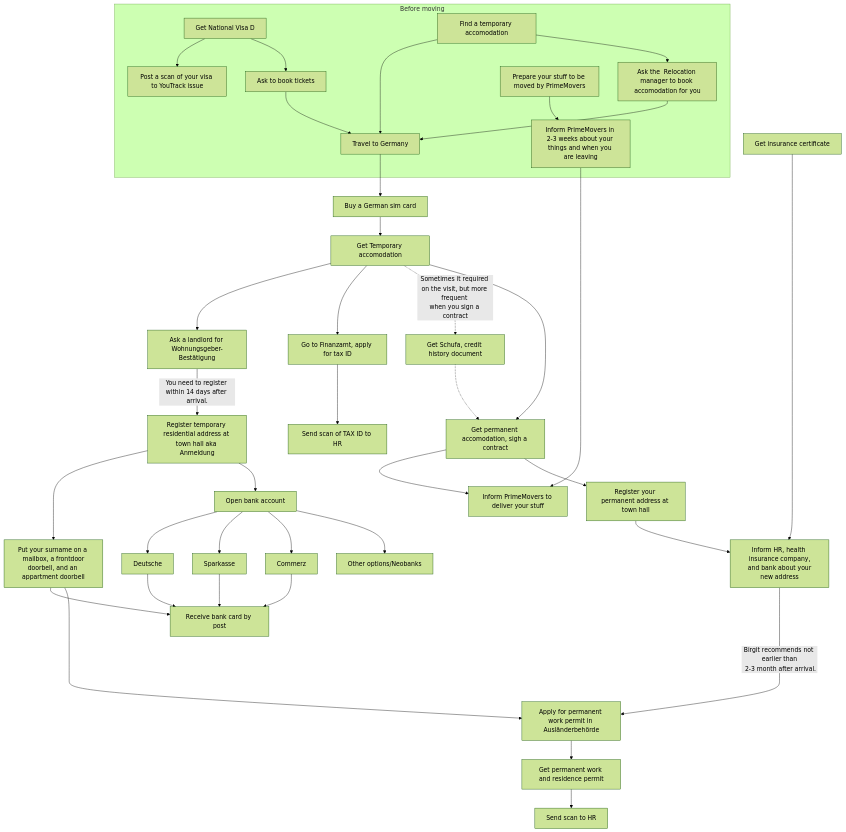
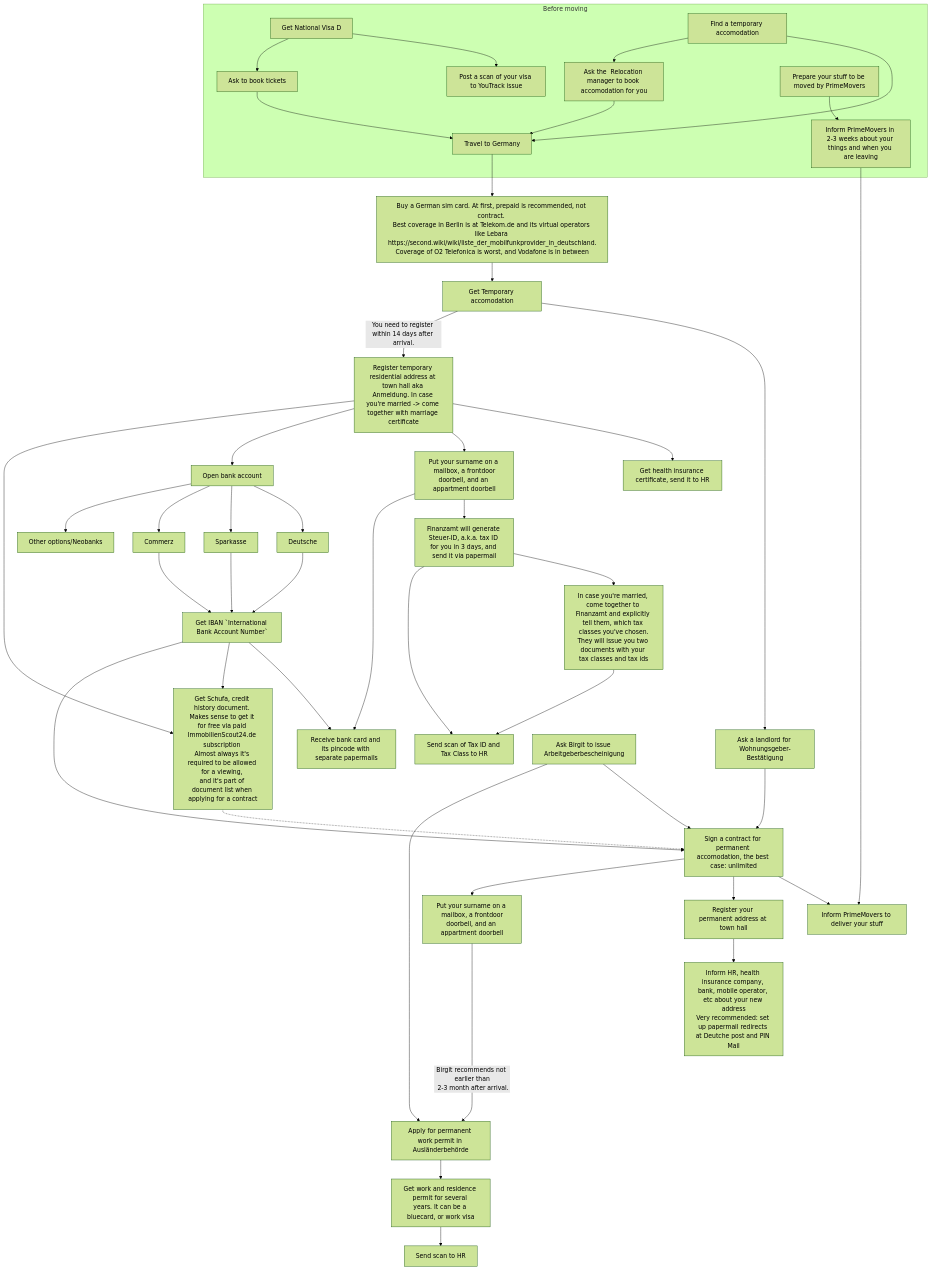
The diagram in sequence-of-steps.md (lananovikova10/howtoberlin), drawn with Mermaid (forest theme) before and after one commit. The commit also changed other lines of this file and 4 other files, not shown here.

````diff
--- a/sequence-of-steps.md
+++ b/sequence-of-steps.md
@@ -3,39 +3,46 @@
 ```mermaid
 graph TB
     subgraph Before moving
         VISA --> P[Post a scan of your visa to YouTrack issue]
         VISA[Get National Visa D] --> BUY[Ask to book tickets]
         BUY --> TR[Travel to Germany]
         TEMP[Find a temporary accomodation] --> TR
         TEMP --> BOOK[Ask the  Relocation manager to book accomodation for you]
         ST[Prepare your stuff to be moved by PrimeMovers]
 
         ST --> CAL[Inform PrimeMovers in 2-3 weeks about your things and when you are leaving]
     end
     BOOK --> TR
-    TR --> SIM[Buy a German sim card]
+    TR --> SIM[Buy a German sim card. At first, prepaid is recommended, not contract. <br/>Best coverage in Berlin is at Telekom.de and its virtual operators like Lebara <br/>https://second.wiki/wiki/liste_der_mobilfunkprovider_in_deutschland.<br/>Coverage of O2 Telefonica is worst, and Vodafone is in between]
     SIM --> ACC[Get Temporary accomodation]
     ACC --> WOH[Ask a landlord for Wohnungsgeber-Bestätigung]
-    INS[Get insurance certificate] -------> INF
-    WOH --> |You need to register within 14 days after arrival.| REG[Register temporary residential address at town hall aka Anmeldung]
-    ACC --> TAX[Go to Finanzamt, apply for tax ID]
+    ACC --> |You need to register within 14 days after arrival.| REG[Register temporary residential address at town hall aka Anmeldung. In case you're married -> come together with marriage certificate]
+    REG --> INS[Get health insurance certificate, send it to HR]
     REG --> MAIL[Put your surname on a mailbox, a frontdoor</br>doorbell, and an appartment doorbell]
+    MAIL --> TAX[Finanzamt will generate Steuer-ID, a.k.a. tax ID for you in 3 days, and send it via papermail]
+    TAX --> STKL[In case you're married, come together to Finanzamt and explicitly tell them, which tax classes you've chosen.<br/>They will issue you two documents with your tax classes and tax ids]
     REG --> BANK[Open bank account]
     BANK --> D[Deutsche]
     BANK --> E[Sparkasse]
     BANK --> F[Commerz]
     BANK --> V[Other options/Neobanks]
-    D & E & F --> CARD[Receive bank card by post]
+    D & E & F --> IBAN[Get IBAN `International Bank Account Number`]
+    IBAN --> CARD[Receive bank card and its pincode with separate papermails]
     MAIL --> CARD
-    TAX --> HR1[Send scan of TAX ID to HR]
-    ACC -.-> |Sometimes it required on the visit, but more frequent <br/>when you sign a contract|SCH[Get Schufa, credit history document]
-    SCH -.-> PERM[Get permanent accomodation, sigh a contract]
-    ACC --> PERM
+    TAX --> HR1[Send scan of Tax ID and Tax Class to HR]
+    STKL --> HR1
+    REG --> SCH[Get Schufa, credit history document. Makes sense to get it for free via paid ImmobilienScout24.de subscription <br/>Almost always it's required to be allowed for a viewing, <br/>and it's part of document list when applying for a contract]
+    IBAN --> SCH
+    SCH -.-> PERM[Sign a contract for permanent accomodation, the best case: unlimited]
+    WOH --> PERM
+    IBAN --> PERM
     PERM & CAL --> I[Inform PrimeMovers to deliver your stuff]
     PERM --> REG2[Register your permanent address at town hall]
-    REG2 --> INF[Inform HR, health insurance company,<br/> and bank about your new address]
-    INF ----> |Birgit recommends not earlier than<br/> 2-3 month after arrival.| AMEL[Apply for permanent work permit in Ausländerbehörde]
-    AMEL --> PMZH[Get permanent work and residence permit]
+    PERM --> MAIL2[Put your surname on a mailbox, a frontdoor</br>doorbell, and an appartment doorbell]
+    REG2 --> INF[Inform HR, health insurance company, bank, mobile operator, etc about your new address<br/>Very recommended: set up papermail redirects at Deutche post and PIN Mail]
+    MAIL2 ----> |Birgit recommends not earlier than<br/> 2-3 month after arrival.| AMEL[Apply for permanent work permit in Ausländerbehörde]
+    AGB[Ask Birgit to issue Arbeitgeberbescheinigung] -->  PERM
+    AGB --> AMEL
+    AMEL --> PMZH[Get work and residence permit for several years. It can be a bluecard, or work visa]
     PMZH --> HR2[Send scan to HR]
-    MAIL ----> AMEL
 ```
````
